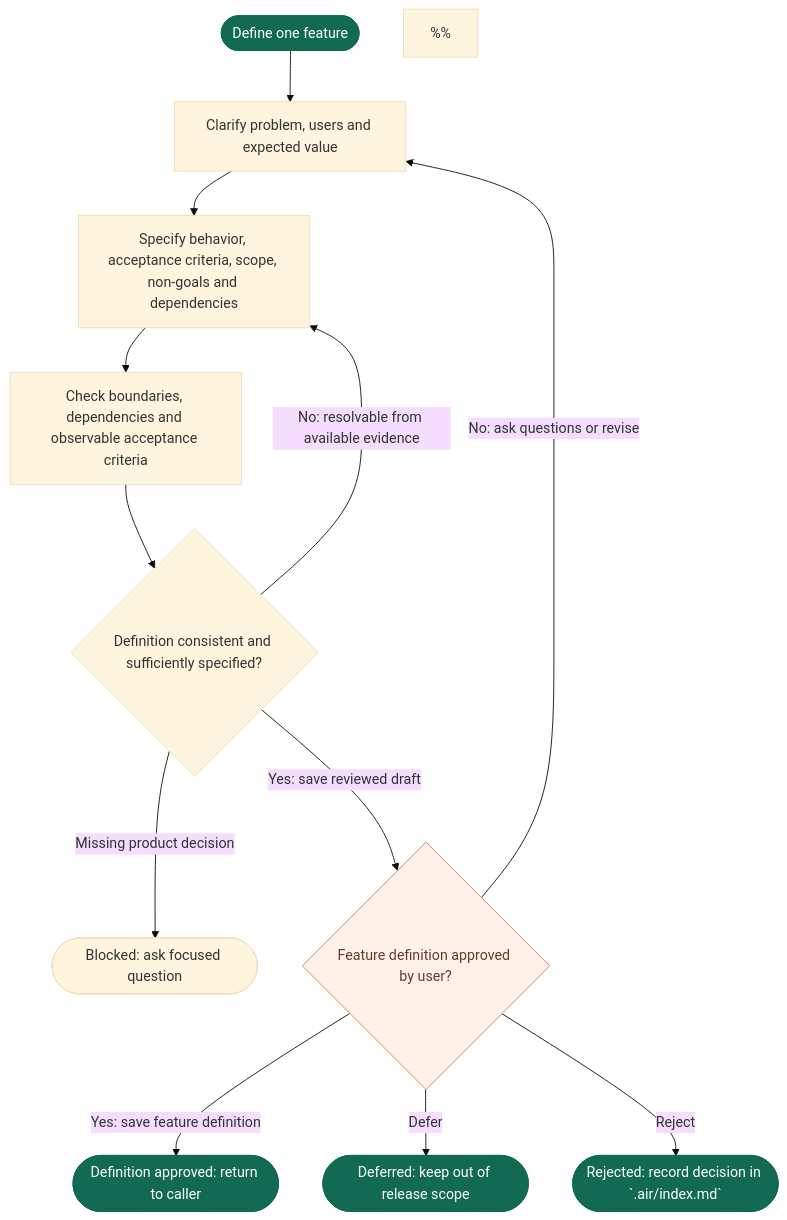
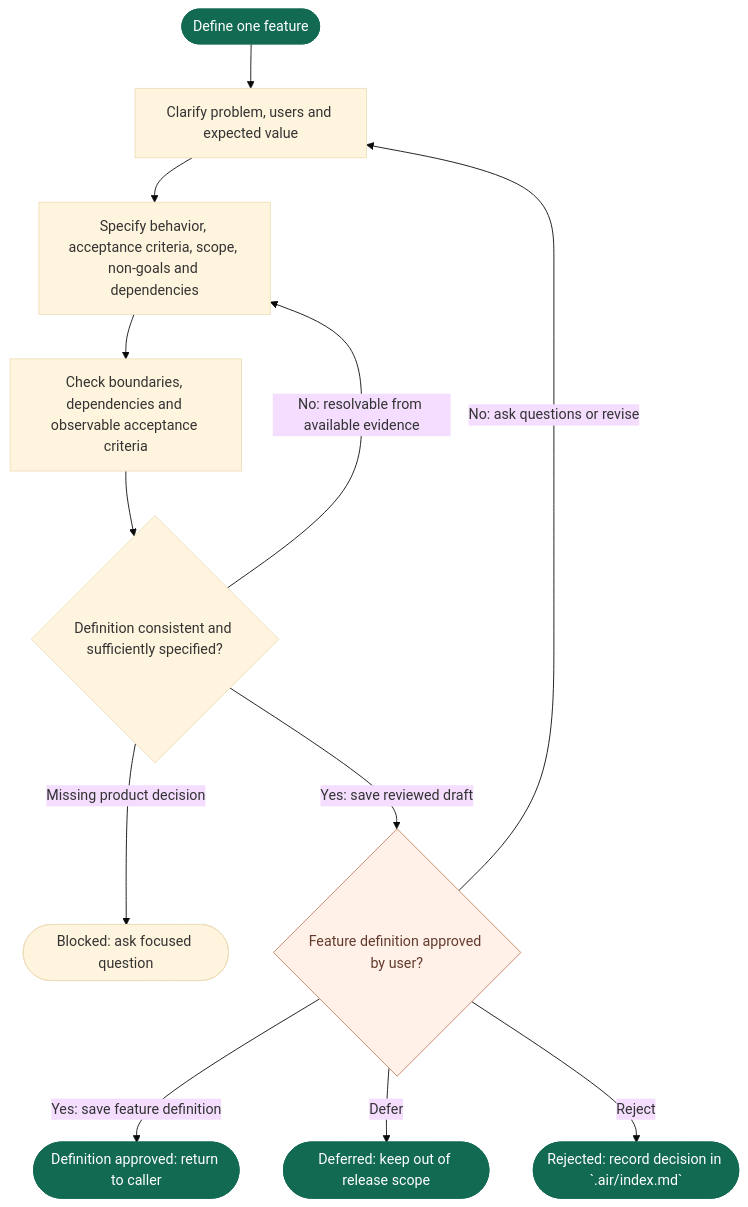
One commit to vanlangenlabs/vanlangenlabs-site changed the diagram in docs/airflow/flows/definition.mmd. Above: the diagram before and after it, drawn with Mermaid (base theme). The commit also changed 8 other files, not shown here.

```diff
--- a/docs/airflow/flows/definition.mmd
+++ b/docs/airflow/flows/definition.mmd
@@ -1,45 +1,45 @@
 flowchart TD
     start([Define one feature]) --> clarify[Clarify problem, users and expected value]
     clarify --> specify[Specify behavior, acceptance criteria, scope, non-goals and dependencies]
 %% @airflow-context specify
 %% Write one independently deliverable feature Definition using the canonical
 %% record outline below. Make acceptance criteria observable and
 %% testable; record dependencies, constraints, non-goals and unresolved questions.
-%%
+
 %% Record path: `.air/features/<feature-id>/definition.md`.
 %% Record outline: Proposal source; Problem and user outcome; In scope; Out of scope; Acceptance criteria; Dependencies and constraints; Open questions; Decisions and evidence.
 %% Mutable statuses belong in the index. Example IDs and versions are placeholders.
 %% @end-airflow-context
     specify --> review[Check boundaries, dependencies and observable acceptance criteria]
     review --> quality{Definition consistent and sufficiently specified?}
     quality -- No: resolvable from available evidence --> specify
     quality -- Missing product decision --> blocked([Blocked: ask focused question])
     quality -- Yes: save reviewed draft --> definitionApproval{Feature definition approved by user?}
 %% @airflow-context review
 %% Resolve omissions from existing approved context where possible. Ensure each
 %% acceptance criterion is observable, scope/non-goals agree, dependencies are
 %% explicit and no unresolved question prevents design. Never invent requirements
 %% or ask the human to perform this completeness check for the AI.
 %% @end-airflow-context
     definitionApproval -- No: ask questions or revise --> clarify
     definitionApproval -- Yes: save feature definition --> definitionReady([Definition approved: return to caller])
     definitionApproval -- Defer --> deferred([Deferred: keep out of release scope])
     definitionApproval -- Reject --> rejected([Rejected: record decision in `.air/index.md`])
 %% @airflow-context definitionApproval
 %% Initial approval permits backlog entry; revised approval restores selected
 %% status only with valid scope membership, using Project impact rules. Bind
 %% approval to the exact Definition digest and record its evidence in `.air/index.md`
 %% using the global Approval evidence section. Defer/reject decisions are
 %% recorded but never included in a release scope.
-%%
+
 %% Feature transitions owned by this phase:
 %% - `clarifying` -> `backlog`: Human approves the exact Definition; no valid active release membership remains.
 %% - `clarifying` -> `selected`: Revised Definition approved; feature remains in a valid approved scope. Revalidate dependent Design before work.
 %% - `clarifying` -> `deferred` / `rejected`: Explicit human decision; unapproved Definition stays `draft`. Re-scope any containing release before continuing.
 %% - `backlog` / `selected` / `implementing` / `verifying` / `verified` -> `clarifying`: Material Definition change; invalidate its approval and assess dependent scope/Design/checks.
 %% @end-airflow-context
 
     classDef boundary fill:#126a52,color:#ffffff,stroke:#126a52
     classDef approval fill:#fff0e8,color:#633b2c,stroke:#c68162
     class start,definitionReady,deferred,rejected boundary
     class definitionApproval approval
```
